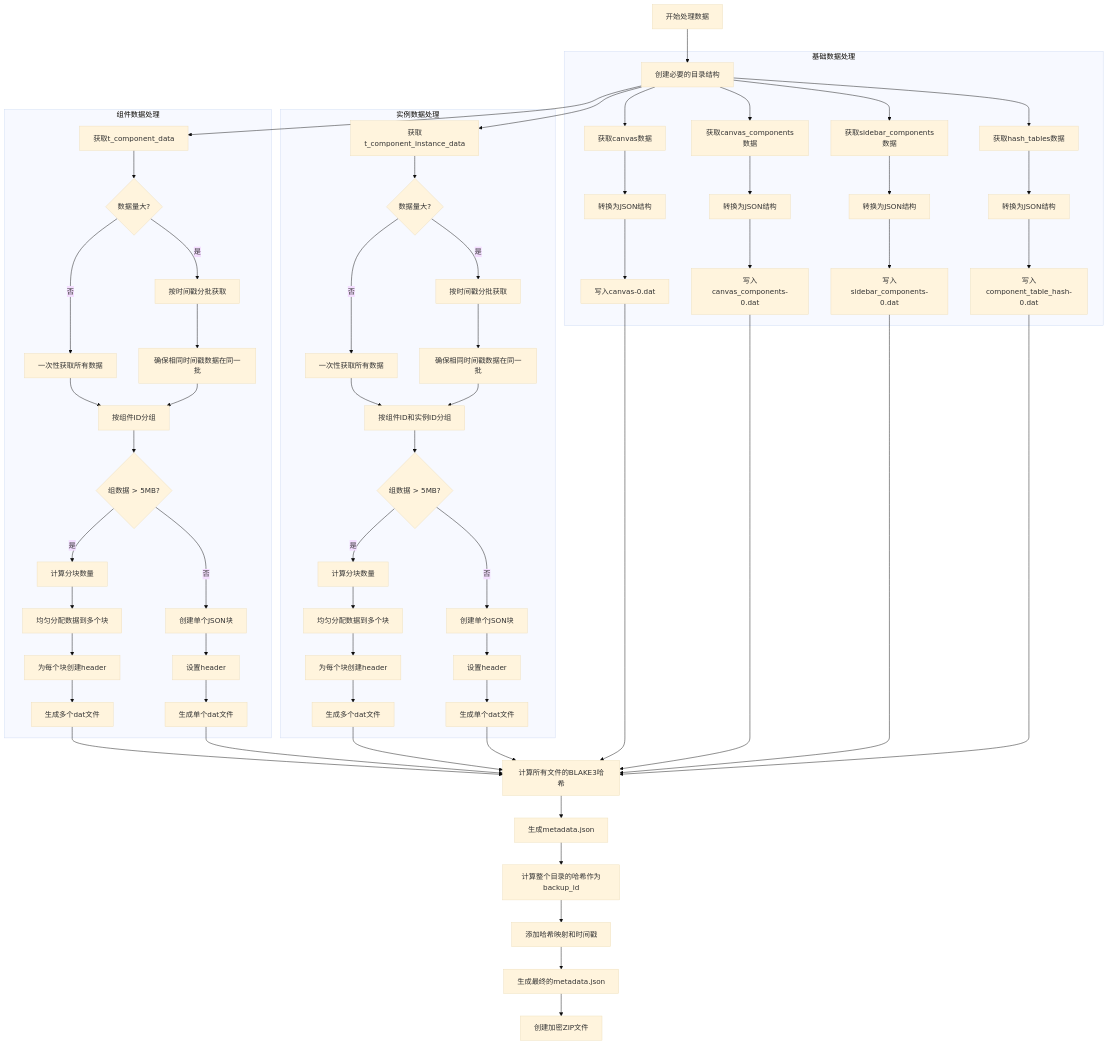
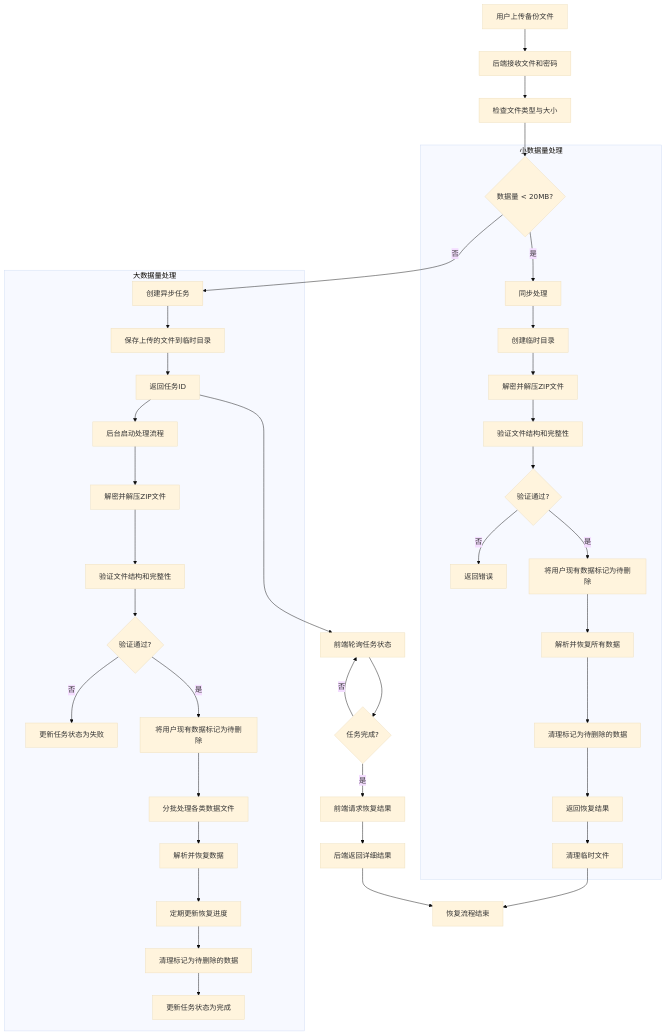
One commit to yingjianzh/iodraw-files changed the diagram in all/未命名-61.md. Above: the diagram before and after it, drawn with Mermaid (base theme).

Commit message:
2025-05-15 17:44:34 update

````diff
--- a/all/未命名-61.md
+++ b/all/未命名-61.md
@@ -1,82 +1,50 @@
 ```mermaid
 flowchart TD
-    A[开始处理数据] --> B[创建必要的目录结构]
+    A[用户上传备份文件] --> B[后端接收文件和密码]
+    B --> C[检查文件类型与大小]
     
-    subgraph 基础数据处理
-        B --> C1[获取canvas数据]
-        C1 --> D1[转换为JSON结构]
-        D1 --> E1[写入canvas-0.dat]
-        
-        B --> C2[获取canvas_components数据]
-        C2 --> D2[转换为JSON结构]
-        D2 --> E2[写入canvas_components-0.dat]
-        
-        B --> C3[获取sidebar_components数据]
-        C3 --> D3[转换为JSON结构]
-        D3 --> E3[写入sidebar_components-0.dat]
-        
-        B --> C4[获取hash_tables数据]
-        C4 --> D4[转换为JSON结构]
-        D4 --> E4[写入component_table_hash-0.dat]
+    C --> D{数据量 < 20MB?}
+    
+    subgraph 小数据量处理
+        D -->|是| E1[同步处理]
+        E1 --> F1[创建临时目录]
+        F1 --> G1[解密并解压ZIP文件]
+        G1 --> H1[验证文件结构和完整性]
+        H1 --> I1{验证通过?}
+        I1 -->|否| J1[返回错误]
+        I1 -->|是| K1[将用户现有数据标记为待删除]
+        K1 --> L1[解析并恢复所有数据]
+        L1 --> M1[清理标记为待删除的数据]
+        M1 --> N1[返回恢复结果]
+        N1 --> O1[清理临时文件]
     end
     
-    subgraph 组件数据处理
-        B --> F[获取t_component_data]
-        F --> G{数据量大?}
+    subgraph 大数据量处理
+        D -->|否| E2[创建异步任务]
+        E2 --> F2[保存上传的文件到临时目录]
+        F2 --> G2[返回任务ID]
+        G2 --> H2[后台启动处理流程]
         
-        G -->|否| H1[一次性获取所有数据]
-        G -->|是| H2[按时间戳分批获取]
-        H2 --> I[确保相同时间戳数据在同一批]
+        H2 --> I2[解密并解压ZIP文件]
+        I2 --> J2[验证文件结构和完整性]
+        J2 --> K2{验证通过?}
+        K2 -->|否| L2[更新任务状态为失败]
+        K2 -->|是| M2[将用户现有数据标记为待删除]
         
-        H1 --> J[按组件ID分组]
-        I --> J
-        
-        J --> K{组数据 > 5MB?}
-        K -->|是| L1[计算分块数量]
-        L1 --> M1[均匀分配数据到多个块]
-        M1 --> N1[为每个块创建header]
-        N1 --> O1[生成多个dat文件]
-        
-        K -->|否| L2[创建单个JSON块]
-        L2 --> M2[设置header]
-        M2 --> N2[生成单个dat文件]
+        M2 --> N2[分批处理各类数据文件]
+        N2 --> O2[解析并恢复数据]
+        O2 --> P2[定期更新恢复进度]
+        P2 --> Q2[清理标记为待删除的数据]
+        Q2 --> R2[更新任务状态为完成]
     end
     
-    subgraph 实例数据处理
-        B --> P[获取t_component_instance_data]
-        P --> Q{数据量大?}
-        
-        Q -->|否| R1[一次性获取所有数据]
-        Q -->|是| R2[按时间戳分批获取]
-        R2 --> S[确保相同时间戳数据在同一批]
-        
-        R1 --> T[按组件ID和实例ID分组]
-        S --> T
-        
-        T --> U{组数据 > 5MB?}
-        U -->|是| V1[计算分块数量]
-        V1 --> W1[均匀分配数据到多个块]
-        W1 --> X1[为每个块创建header]
-        X1 --> Y1[生成多个dat文件]
-        
-        U -->|否| V2[创建单个JSON块]
-        V2 --> W2[设置header]
-        W2 --> X2[生成单个dat文件]
-    end
+    G2 --> S[前端轮询任务状态]
+    S --> T{任务完成?}
+    T -->|否| S
     
-    O1 --> Z[计算所有文件的BLAKE3哈希]
-    N2 --> Z
-    Y1 --> Z
-    X2 --> Z
-    E1 --> Z
-    E2 --> Z
-    E3 --> Z
-    E4 --> Z
+    T -->|是| U[前端请求恢复结果]
+    U --> V[后端返回详细结果]
     
-    Z --> AA[生成metadata.json]
-    AA --> AB[计算整个目录的哈希作为backup_id]
-    AB --> AC[添加哈希映射和时间戳]
-    AC --> AD[生成最终的metadata.json]
-    
-    AD --> AE[创建加密ZIP文件]
+    O1 --> W[恢复流程结束]
+    V --> W
 ```
````
